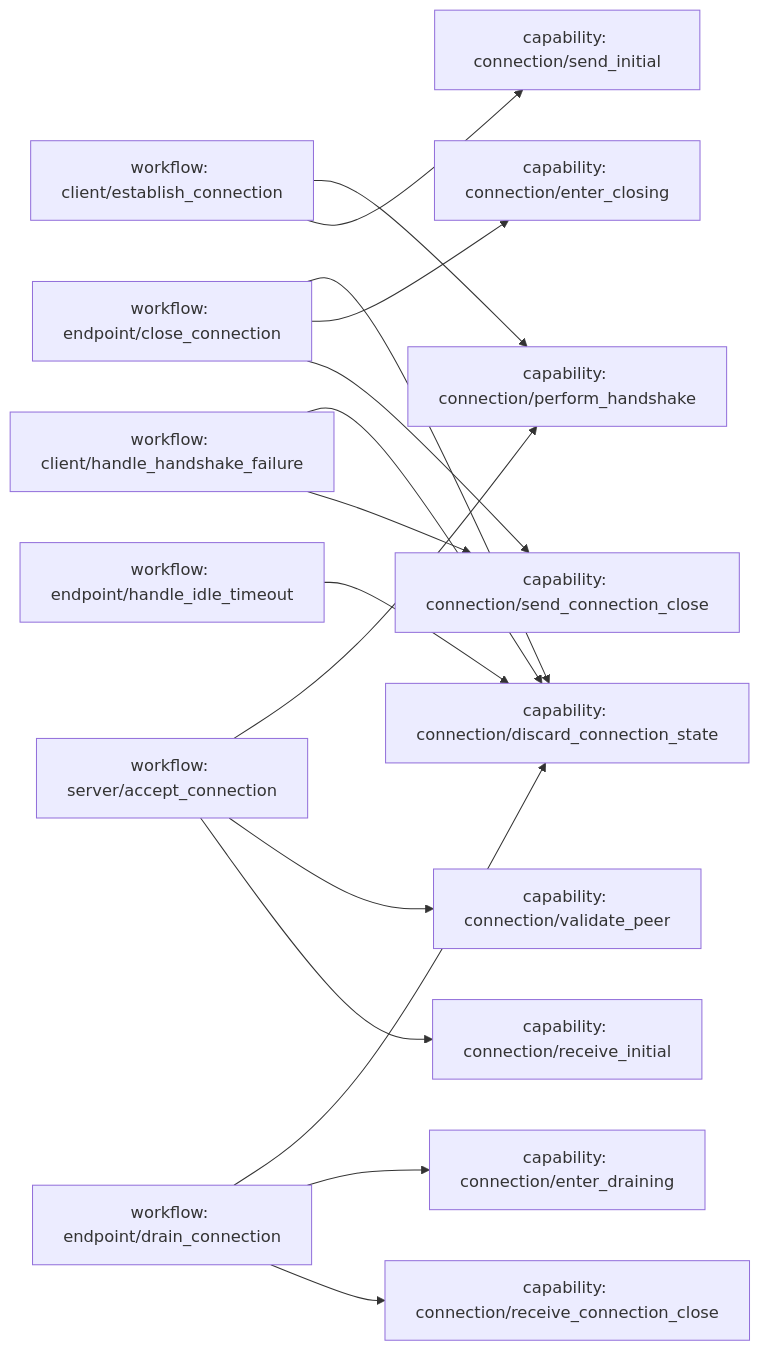
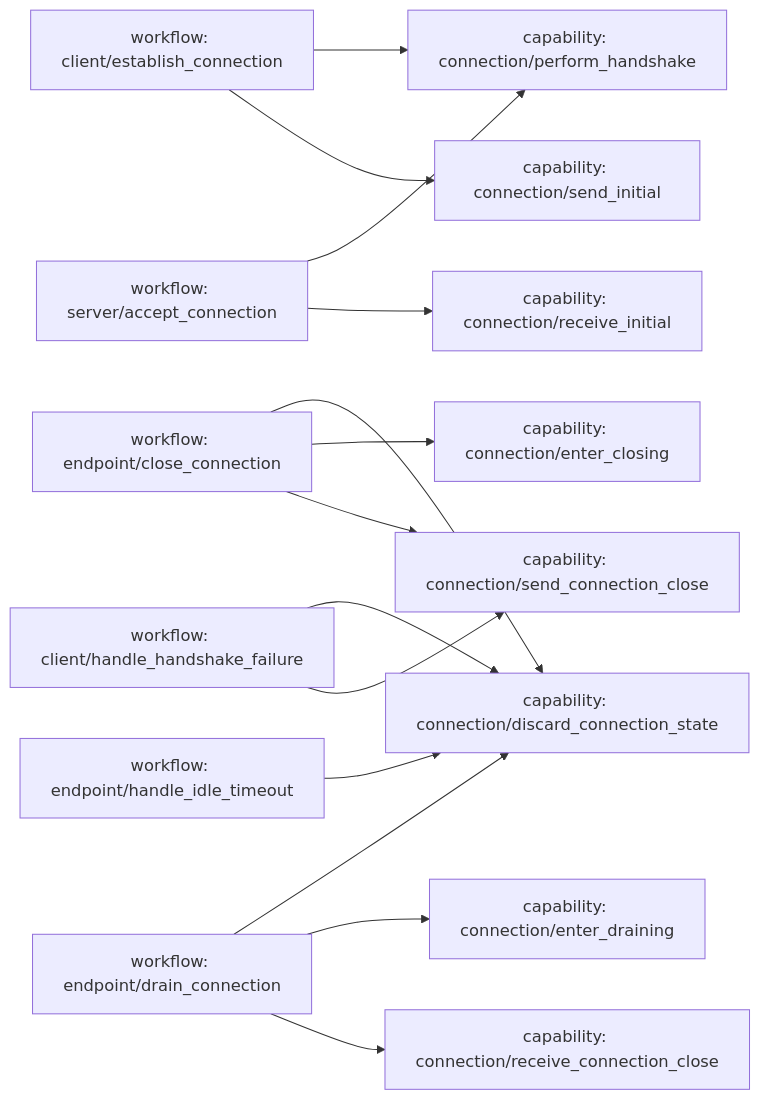
Before and after one commit to BehavioML/specifications: the diagram in examples/quic/generated/mermaid/workflow-capabilities.mmd, drawn with Mermaid. The commit also changed 25 other files, not shown here.

Commit message:
Regenerate Mermaid workflow sequence diagrams

```diff
--- a/examples/quic/generated/mermaid/workflow-capabilities.mmd
+++ b/examples/quic/generated/mermaid/workflow-capabilities.mmd
@@ -1,31 +1,29 @@
 flowchart LR
   W_client_establish_connection["workflow: client/establish_connection"]
   C_connection_send_initial["capability: connection/send_initial"]
   C_connection_perform_handshake["capability: connection/perform_handshake"]
   W_client_handle_handshake_failure["workflow: client/handle_handshake_failure"]
   C_connection_send_connection_close["capability: connection/send_connection_close"]
   C_connection_discard_connection_state["capability: connection/discard_connection_state"]
   W_endpoint_close_connection["workflow: endpoint/close_connection"]
   C_connection_enter_closing["capability: connection/enter_closing"]
   W_endpoint_drain_connection["workflow: endpoint/drain_connection"]
   C_connection_receive_connection_close["capability: connection/receive_connection_close"]
   C_connection_enter_draining["capability: connection/enter_draining"]
   W_endpoint_handle_idle_timeout["workflow: endpoint/handle_idle_timeout"]
   W_server_accept_connection["workflow: server/accept_connection"]
   C_connection_receive_initial["capability: connection/receive_initial"]
-  C_connection_validate_peer["capability: connection/validate_peer"]
 
   W_client_establish_connection --> C_connection_send_initial
   W_client_establish_connection --> C_connection_perform_handshake
   W_client_handle_handshake_failure --> C_connection_send_connection_close
   W_client_handle_handshake_failure --> C_connection_discard_connection_state
   W_endpoint_close_connection --> C_connection_send_connection_close
   W_endpoint_close_connection --> C_connection_enter_closing
   W_endpoint_close_connection --> C_connection_discard_connection_state
   W_endpoint_drain_connection --> C_connection_receive_connection_close
   W_endpoint_drain_connection --> C_connection_enter_draining
   W_endpoint_drain_connection --> C_connection_discard_connection_state
   W_endpoint_handle_idle_timeout --> C_connection_discard_connection_state
   W_server_accept_connection --> C_connection_receive_initial
-  W_server_accept_connection --> C_connection_validate_peer
   W_server_accept_connection --> C_connection_perform_handshake
```
